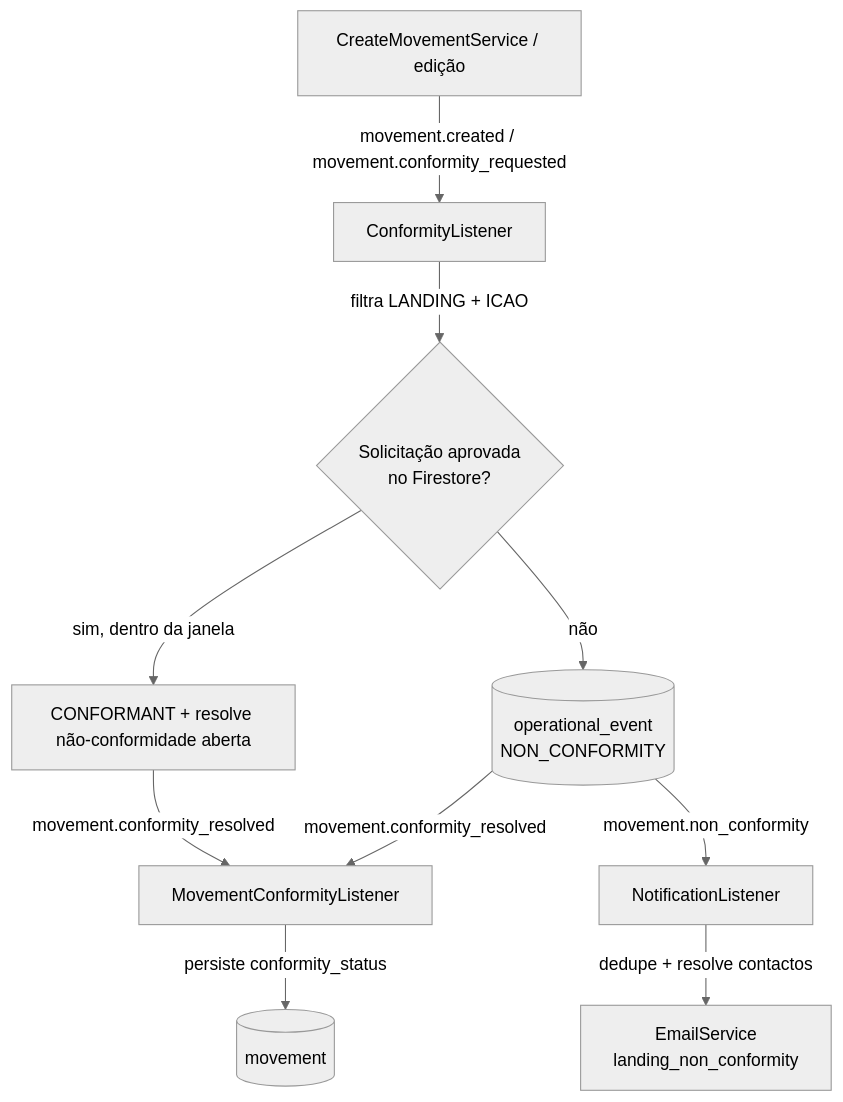
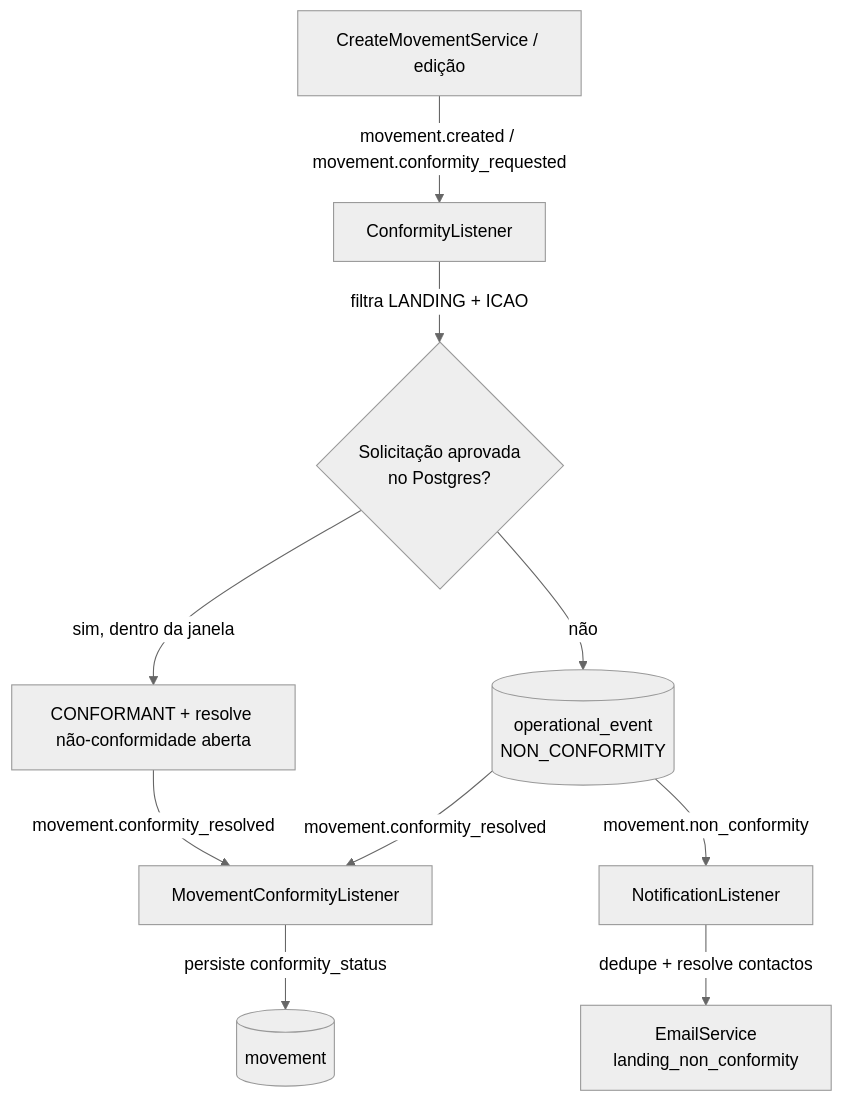
One commit to atzaero/aerobi-api changed the diagram in src/modules/conformity/README.md. Above: the diagram before and after it, drawn with Mermaid (neutral theme). The commit also changed other lines of this file and 16 other files, not shown here.

First line of the commit message:
refactor(conformity/notifications): migrar diretório Firestore → Postgres (#475)

````diff
--- a/src/modules/conformity/README.md
+++ b/src/modules/conformity/README.md
@@ -27,12 +28,12 @@
 ```mermaid
 flowchart TD
   create[CreateMovementService / edição] -->|movement.created / movement.conformity_requested| cl[ConformityListener]
-  cl -->|filtra LANDING + ICAO| q{Solicitação aprovada<br/>no Firestore?}
+  cl -->|filtra LANDING + ICAO| q{Solicitação aprovada<br/>no Postgres?}
   q -->|sim, dentro da janela| ok[CONFORMANT + resolve não-conformidade aberta]
   q -->|não| oe[(operational_event<br/>NON_CONFORMITY)]
   ok -->|movement.conformity_resolved| ml[MovementConformityListener]
   oe -->|movement.conformity_resolved| ml
   oe -->|movement.non_conformity| nl[NotificationListener]
   ml -->|persiste conformity_status| mv[(movement)]
   nl -->|dedupe + resolve contactos| mail[EmailService<br/>landing_non_conformity]
 ```
````
